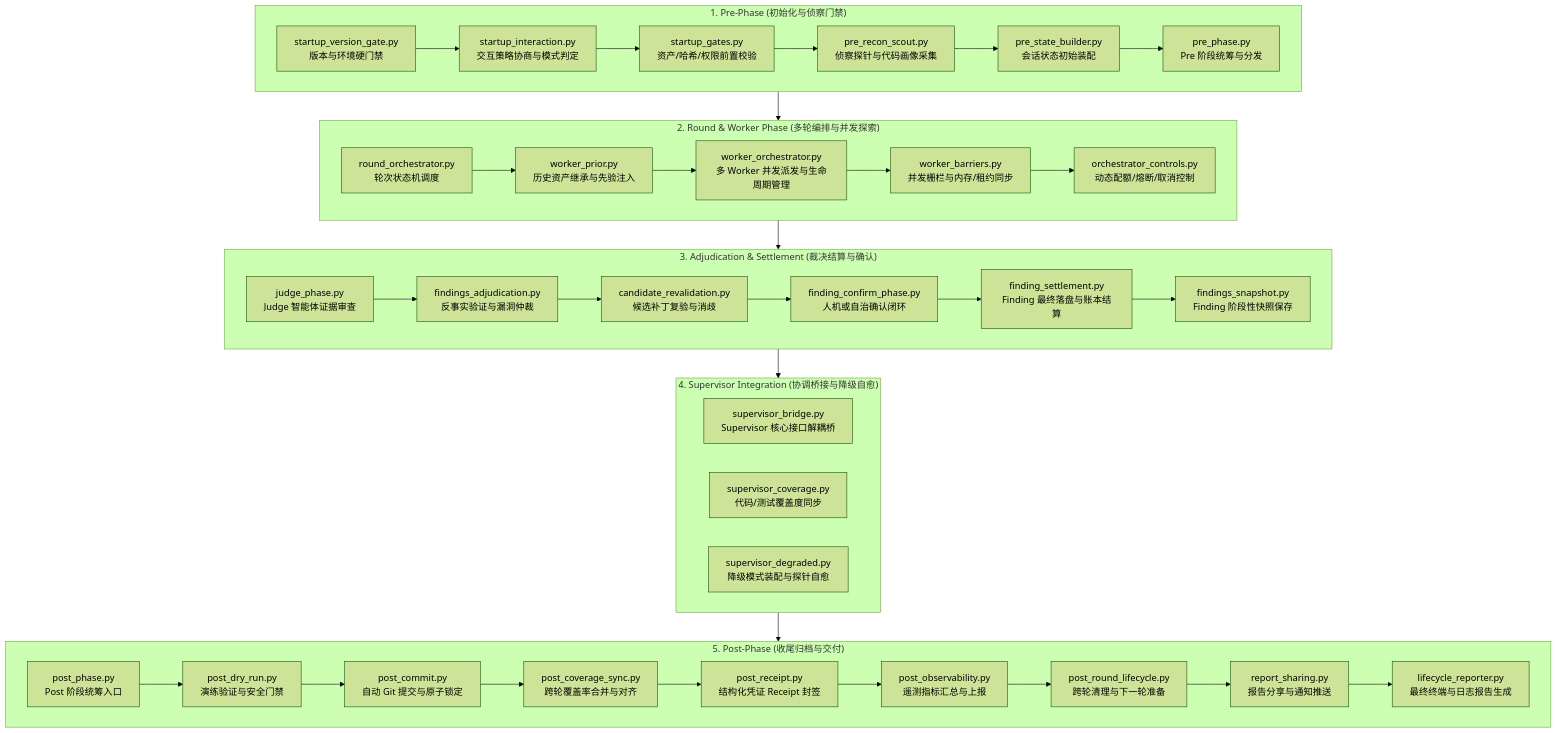
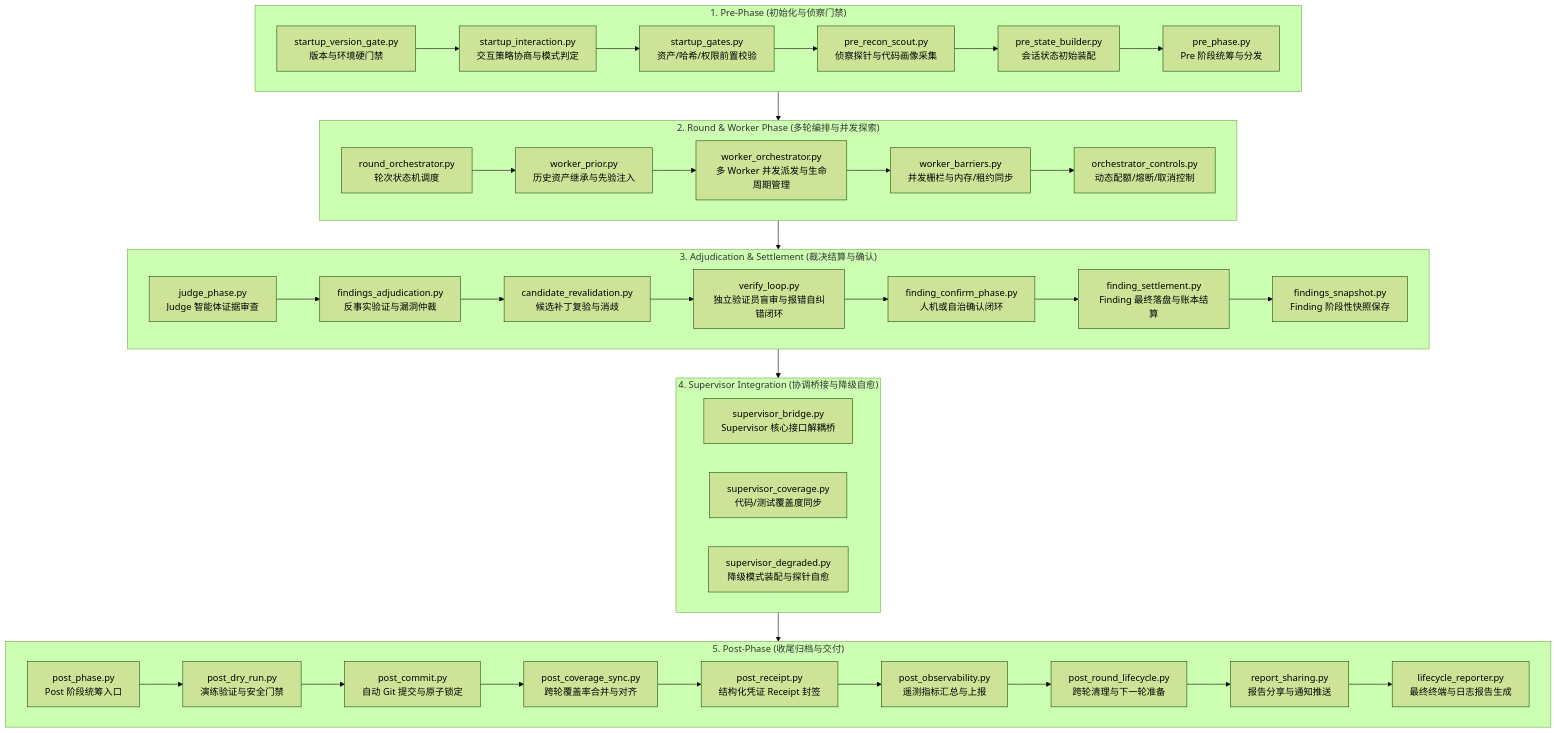
One commit to Bencibr/bugx changed the diagram in core/launch_phases/README.md. Above: the diagram before and after it, drawn with Mermaid (forest theme). The commit also changed other lines of this file and 84 other files, not shown here.

````diff
--- a/core/launch_phases/README.md
+++ b/core/launch_phases/README.md
@@ -9,47 +9,48 @@
 ```mermaid
 flowchart TD
     subgraph Phase1["1. Pre-Phase (初始化与侦察门禁)"]
         A1["startup_version_gate.py<br/>版本与环境硬门禁"] --> A2["startup_interaction.py<br/>交互策略协商与模式判定"]
         A2 --> A3["startup_gates.py<br/>资产/哈希/权限前置校验"]
         A3 --> A4["pre_recon_scout.py<br/>侦察探针与代码画像采集"]
         A4 --> A5["pre_state_builder.py<br/>会话状态初始装配"]
         A5 --> A6["pre_phase.py<br/>Pre 阶段统筹与分发"]
     end
 
     subgraph Phase2["2. Round & Worker Phase (多轮编排与并发探索)"]
         B1["round_orchestrator.py<br/>轮次状态机调度"] --> B2["worker_prior.py<br/>历史资产继承与先验注入"]
         B2 --> B3["worker_orchestrator.py<br/>多 Worker 并发派发与生命周期管理"]
         B3 --> B4["worker_barriers.py<br/>并发栅栏与内存/租约同步"]
         B4 --> B5["orchestrator_controls.py<br/>动态配额/熔断/取消控制"]
     end
 
     subgraph Phase3["3. Adjudication & Settlement (裁决结算与确认)"]
         C1["judge_phase.py<br/>Judge 智能体证据审查"] --> C2["findings_adjudication.py<br/>反事实验证与漏洞仲裁"]
         C2 --> C3["candidate_revalidation.py<br/>候选补丁复验与消歧"]
-        C3 --> C4["finding_confirm_phase.py<br/>人机或自治确认闭环"]
+        C3 --> C3V["verify_loop.py<br/>独立验证员盲审与报错自纠错闭环"]
+        C3V --> C4["finding_confirm_phase.py<br/>人机或自治确认闭环"]
         C4 --> C5["finding_settlement.py<br/>Finding 最终落盘与账本结算"]
         C5 --> C6["findings_snapshot.py<br/>Finding 阶段性快照保存"]
     end
 
     subgraph Phase4["4. Supervisor Integration (协调桥接与降级自愈)"]
         D1["supervisor_bridge.py<br/>Supervisor 核心接口解耦桥"]
         D2["supervisor_coverage.py<br/>代码/测试覆盖度同步"]
         D3["supervisor_degraded.py<br/>降级模式装配与探针自愈"]
     end
 
     subgraph Phase5["5. Post-Phase (收尾归档与交付)"]
         E1["post_phase.py<br/>Post 阶段统筹入口"] --> E2["post_dry_run.py<br/>演练验证与安全门禁"]
         E2 --> E3["post_commit.py<br/>自动 Git 提交与原子锁定"]
         E3 --> E4["post_coverage_sync.py<br/>跨轮覆盖率合并与对齐"]
         E4 --> E5["post_receipt.py<br/>结构化凭证 Receipt 封签"]
         E5 --> E6["post_observability.py<br/>遥测指标汇总与上报"]
         E6 --> E7["post_round_lifecycle.py<br/>跨轮清理与下一轮准备"]
         E7 --> E8["report_sharing.py<br/>报告分享与通知推送"]
         E8 --> E9["lifecycle_reporter.py<br/>最终终端与日志报告生成"]
     end
 
     Phase1 --> Phase2
     Phase2 --> Phase3
     Phase3 --> Phase4
     Phase4 --> Phase5
 ```
````
